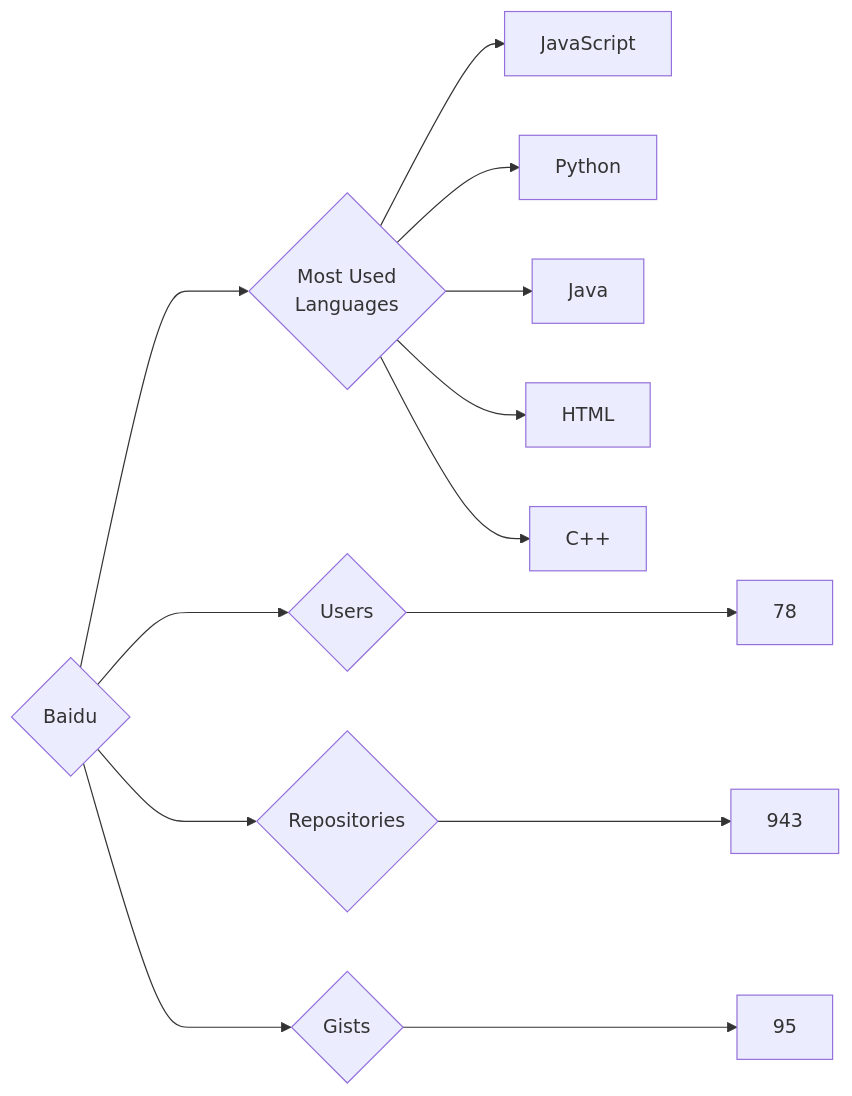
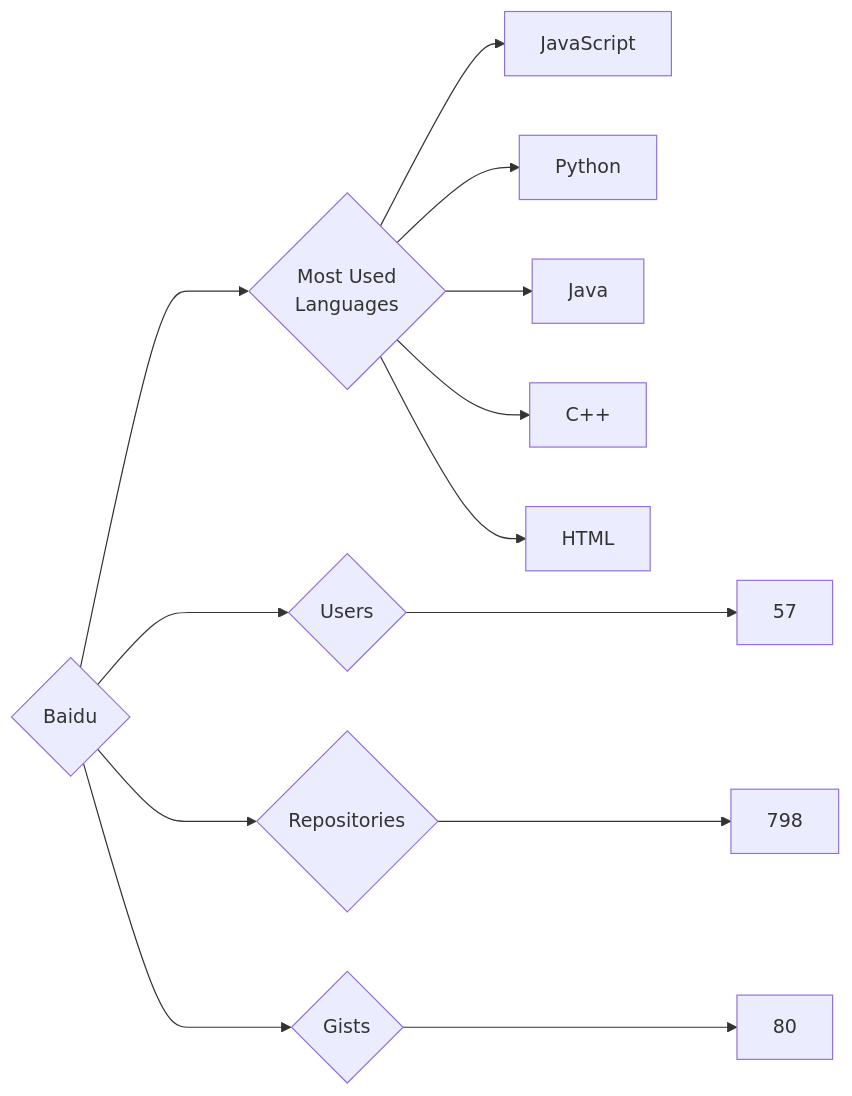
Before and after one commit to trickest/insiders: the diagram in targets/Baidu/README.md, drawn with Mermaid. The commit also changed 715 other files, not shown here.

````diff
--- a/targets/Baidu/README.md
+++ b/targets/Baidu/README.md
@@ -3,13 +3,13 @@
 ```mermaid
 graph LR
 COMPANY_NAME{Baidu}
-COMPANY_NAME ---> U{Users} ---> UN[78]
-COMPANY_NAME ---> R{Repositories} ---> RN[943]
-COMPANY_NAME ---> G{Gists} ---> GN[95]
+COMPANY_NAME ---> U{Users} ---> UN[57]
+COMPANY_NAME ---> R{Repositories} ---> RN[798]
+COMPANY_NAME ---> G{Gists} ---> GN[80]
 COMPANY_NAME ---> ML{Most Used<br>Languages}
 ML --> JavaScript[JavaScript]
 ML --> Python[Python]
 ML --> Java[Java]
+ML --> C++[C++]
 ML --> HTML[HTML]
-ML --> C++[C++]
 ```
````
